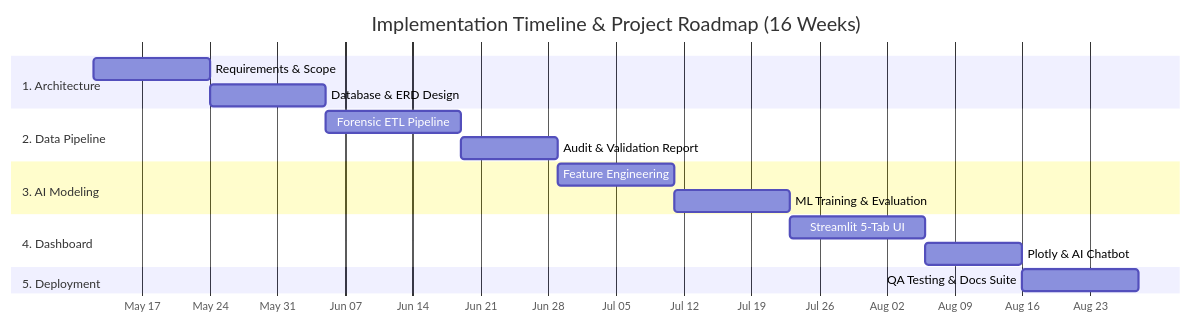
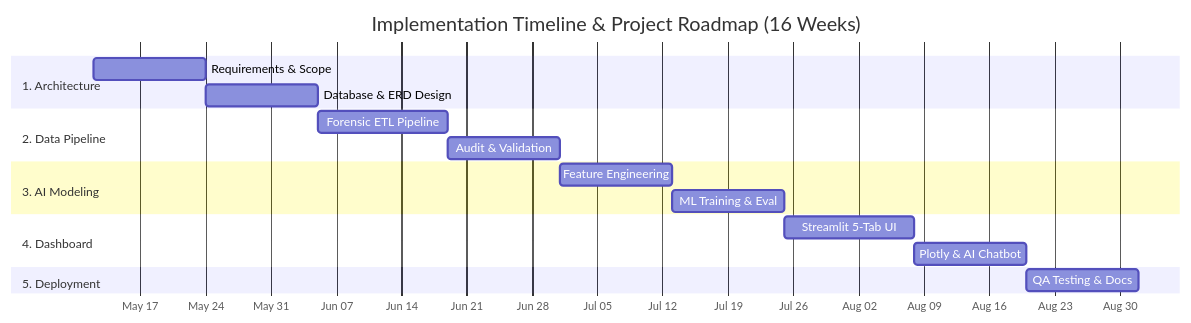
One commit to Huda-Amr/carbon-heist-mitigation changed the diagram in Project Documentations/01_Project_Proposal_and_Planning.md. Above: the diagram before and after it, drawn with Mermaid.

Commit message:
Optimize Gantt chart task label lengths and durations so every label renders strictly inside its bar without outer overflow

````diff
--- a/Project Documentations/01_Project_Proposal_and_Planning.md
+++ b/Project Documentations/01_Project_Proposal_and_Planning.md
@@ -102,20 +102,20 @@
 ```mermaid
 gantt
     title Implementation Timeline & Project Roadmap (16 Weeks)
     dateFormat  YYYY-MM-DD
     axisFormat  %b %d
     section 1. Architecture
-    Requirements & Scope      :a1, 2026-05-12, 12d
-    Database & ERD Design     :a2, after a1, 12d
+    Requirements & Scope  :a1, 2026-05-12, 12d
+    Database & ERD Design :a2, after a1, 12d
     section 2. Data Pipeline
-    Forensic ETL Pipeline     :b1, after a2, 14d
-    Audit & Validation Report :b2, after b1, 10d
+    Forensic ETL Pipeline :b1, after a2, 14d
+    Audit & Validation    :b2, after b1, 12d
     section 3. AI Modeling
-    Feature Engineering       :c1, after b2, 12d
-    ML Training & Evaluation  :c2, after c1, 12d
+    Feature Engineering   :c1, after b2, 12d
+    ML Training & Eval    :c2, after c1, 12d
     section 4. Dashboard
-    Streamlit 5-Tab UI        :d1, after c2, 14d
-    Plotly & AI Chatbot       :d2, after d1, 10d
+    Streamlit 5-Tab UI    :d1, after c2, 14d
+    Plotly & AI Chatbot   :d2, after d1, 12d
     section 5. Deployment
-    QA Testing & Docs Suite   :e1, after d2, 12d
+    QA Testing & Docs     :e1, after d2, 12d
 ```
````
